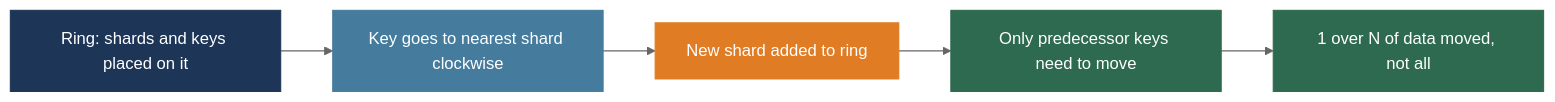
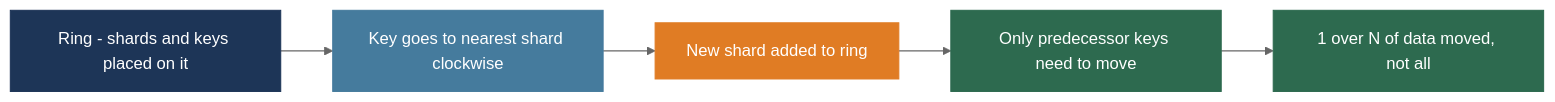
One commit to MuhammadTahaNasir/Big-Data-Analytics-Notes changed the seventh of 16 diagrams in Week3/Lecture3_Partitioning_Sharding_Caching_QueryOpt.md. Above: the diagram before and after it, drawn with Mermaid (neutral theme). The commit also changed other lines of this file, not shown here.

````diff
--- a/Week3/Lecture3_Partitioning_Sharding_Caching_QueryOpt.md
+++ b/Week3/Lecture3_Partitioning_Sharding_Caching_QueryOpt.md
@@ -251,13 +251,13 @@
 ```mermaid
 flowchart LR
-    RING[Ring: shards and keys placed on it] --> ASSIGN[Key goes to nearest shard clockwise]
+    RING[Ring - shards and keys placed on it] --> ASSIGN[Key goes to nearest shard clockwise]
     ASSIGN --> ADD[New shard added to ring]
     ADD --> MOVE[Only predecessor keys need to move]
     MOVE --> RESULT[1 over N of data moved, not all]
 
     style RING fill:#1d3557,color:#fff,stroke:#1d3557
     style ASSIGN fill:#457b9d,color:#fff,stroke:#457b9d
     style ADD fill:#e07c24,color:#fff,stroke:#e07c24
     style MOVE fill:#2d6a4f,color:#fff,stroke:#2d6a4f
     style RESULT fill:#2d6a4f,color:#fff,stroke:#2d6a4f
 ```
````
